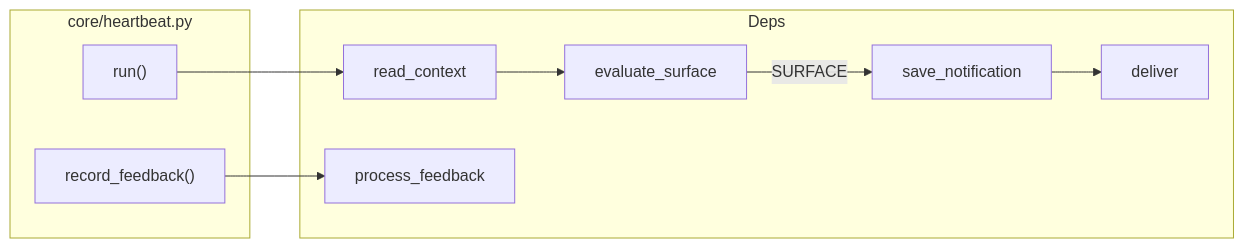
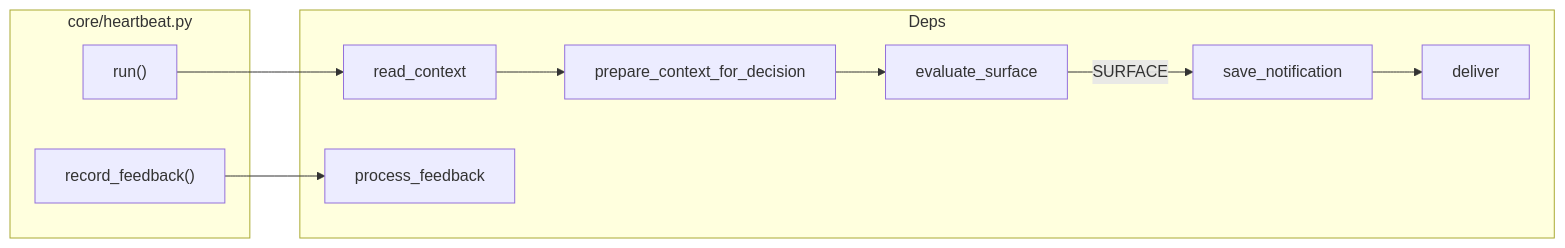
One commit to Sushmey/Kairos changed the eighth of 19 diagrams in docs/ARCHITECTURE.md. Above: the diagram before and after it, drawn with Mermaid. The commit also changed other lines of this file and 126 other files, not shown here.

````diff
--- a/docs/ARCHITECTURE.md
+++ b/docs/ARCHITECTURE.md
@@ -298,19 +328,20 @@
 ```mermaid
 flowchart LR
     subgraph HeartbeatService["core/heartbeat.py"]
         Run["run()"]
         FB["record_feedback()"]
     end
 
     subgraph Deps
         Ctx["read_context"]
+        Intel["prepare_context_for_decision"]
         Rank["evaluate_surface"]
         Save["save_notification"]
         Del["deliver"]
         Proc["process_feedback"]
     end
 
-    Run --> Ctx --> Rank
+    Run --> Ctx --> Intel --> Rank
     Rank -->|SURFACE| Save --> Del
     FB --> Proc
 ```
````
